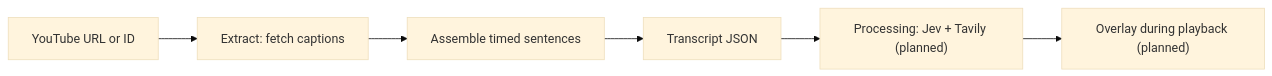
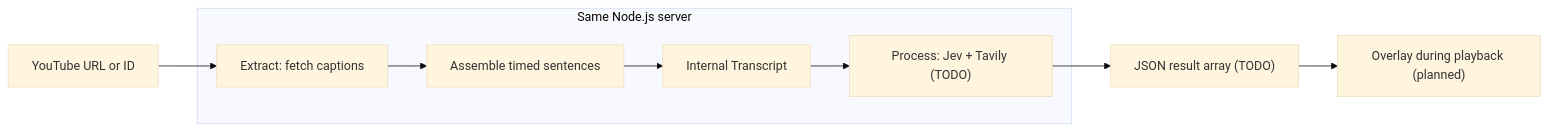
The diagram in README.md (twbraam/pila), drawn with Mermaid (base theme) before and after one commit. The commit also changed other lines of this file and 1 other file, not shown here.

````diff
--- a/README.md
+++ b/README.md
@@ -30,8 +30,11 @@
 ```mermaid
 flowchart LR
-    A["YouTube URL or ID"] --> B["Extract: fetch captions"]
-    B --> C["Assemble timed sentences"]
-    C --> D["Transcript JSON"]
-    D --> E["Processing: Jev + Tavily (planned)"]
-    E --> F["Overlay during playback (planned)"]
+    A["YouTube URL or ID"] --> B
+    subgraph Server["Same Node.js server"]
+        B["Extract: fetch captions"] --> C["Assemble timed sentences"]
+        C --> D["Internal Transcript"]
+        D --> E["Process: Jev + Tavily (TODO)"]
+    end
+    E --> F["JSON result array (TODO)"]
+    F --> G["Overlay during playback (planned)"]
 ```
````
